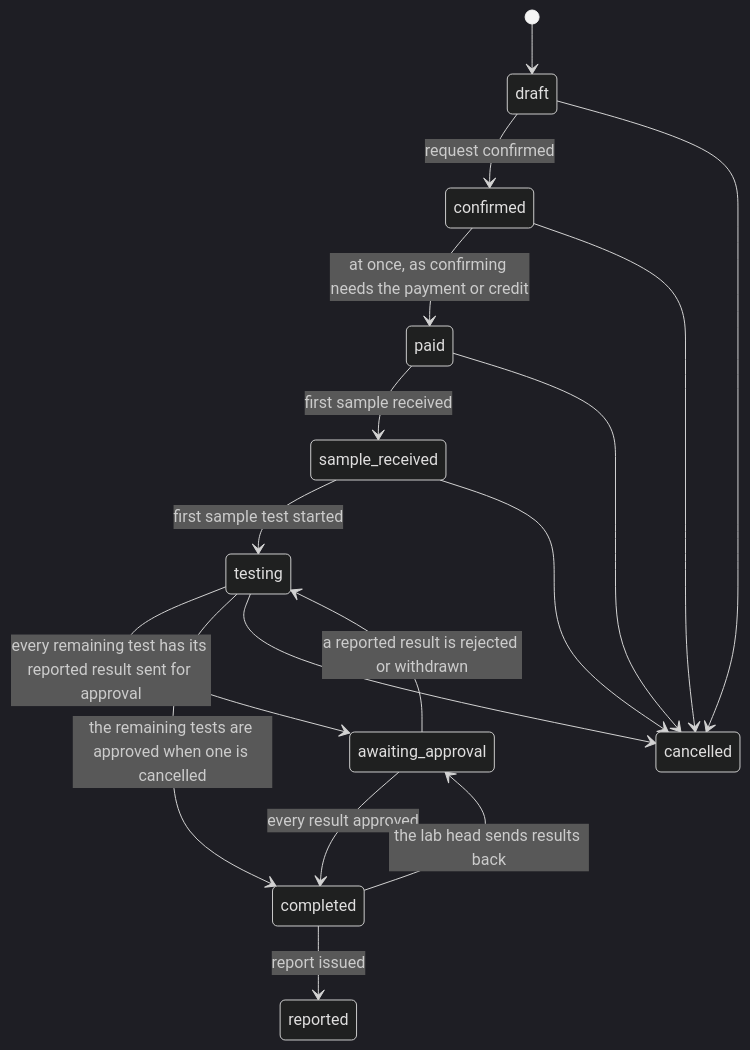
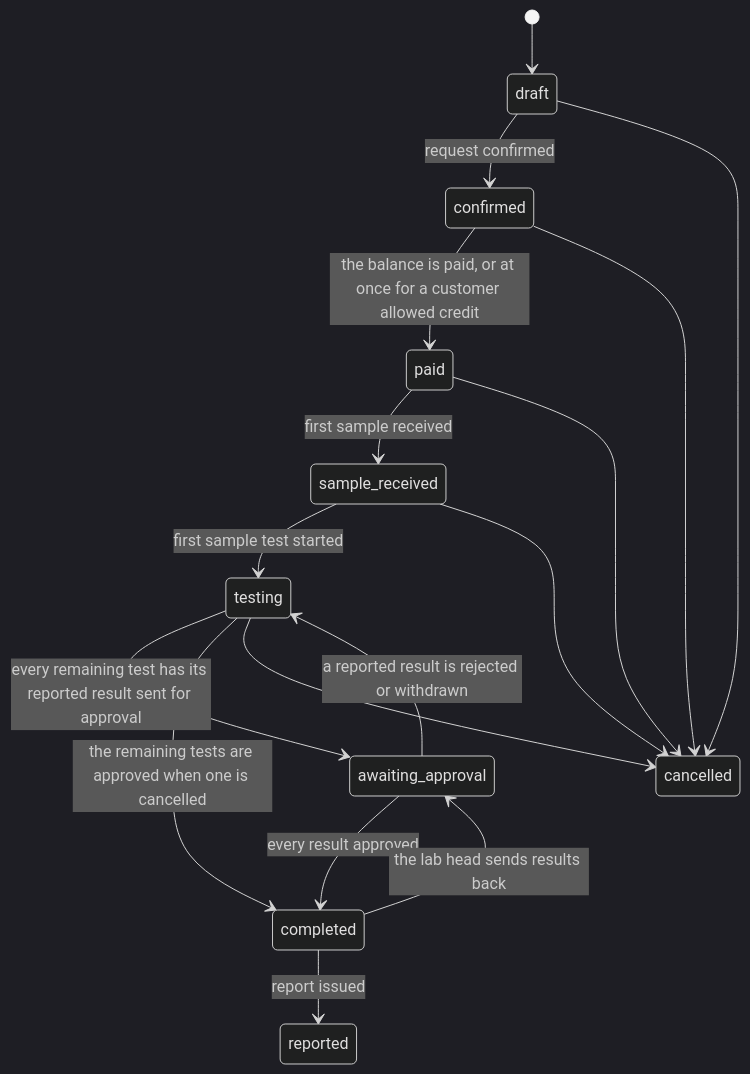
One commit to SoltuneMontepre/medilab changed the second of 9 diagrams in docs/functional/laboratory_module/overview.md. Above: the diagram before and after it, drawn with Mermaid (dark theme). The commit also changed 10 other files, not shown here.

````diff
--- a/docs/functional/laboratory_module/overview.md
+++ b/docs/functional/laboratory_module/overview.md
@@ -57,19 +57,19 @@
 ```mermaid
 stateDiagram-v2
     [*] --> draft
     draft --> confirmed: request confirmed
-    confirmed --> paid: at once, as confirming needs the payment or credit
+    confirmed --> paid: the balance is paid, or at once for a customer allowed credit
     paid --> sample_received: first sample received
     sample_received --> testing: first sample test started
     testing --> awaiting_approval: every remaining test has its reported result sent for approval
     awaiting_approval --> testing: a reported result is rejected or withdrawn
     awaiting_approval --> completed: every result approved
     testing --> completed: the remaining tests are approved when one is cancelled
     completed --> reported: report issued
     completed --> awaiting_approval: the lab head sends results back
     draft --> cancelled
     confirmed --> cancelled
     paid --> cancelled
     sample_received --> cancelled
     testing --> cancelled
 ```
````
